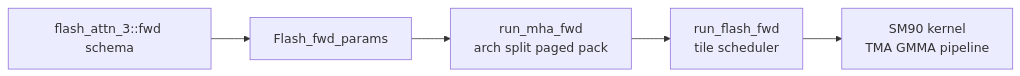
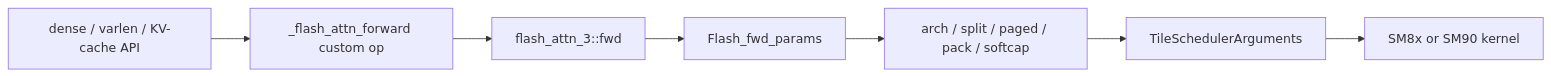
One commit to OnlyHero5/sglang-reading-vault changed the second of 3 diagrams in flash-attn_reading/新架构实现/Hopper与CuTe/FlashAttention-Hopper与CuTe-数据流.md. Above: the diagram before and after it, drawn with Mermaid. The commit also changed other lines of this file and 512 other files, not shown here.

````diff
--- a/flash-attn_reading/新架构实现/Hopper与CuTe/FlashAttention-Hopper与CuTe-数据流.md
+++ b/flash-attn_reading/新架构实现/Hopper与CuTe/FlashAttention-Hopper与CuTe-数据流.md
@@ -32,9 +75,11 @@
 ```mermaid
 flowchart LR
-    S["flash_attn_3::fwd schema"]
-    P["Flash_fwd_params"]
-    D["run_mha_fwd<br/>arch split paged pack"]
-    L["run_flash_fwd<br/>tile scheduler"]
-    K["SM90 kernel<br/>TMA GMMA pipeline"]
-    S --> P --> D --> L --> K
+    API["dense / varlen / KV-cache API"]
+    OP["_flash_attn_forward custom op"]
+    SCHEMA["flash_attn_3::fwd"]
+    PARAM["Flash_fwd_params"]
+    DISPATCH["arch / split / paged / pack / softcap"]
+    SCHED["TileSchedulerArguments"]
+    KERNEL["SM8x or SM90 kernel"]
+    API --> OP --> SCHEMA --> PARAM --> DISPATCH --> SCHED --> KERNEL
 ```
````
